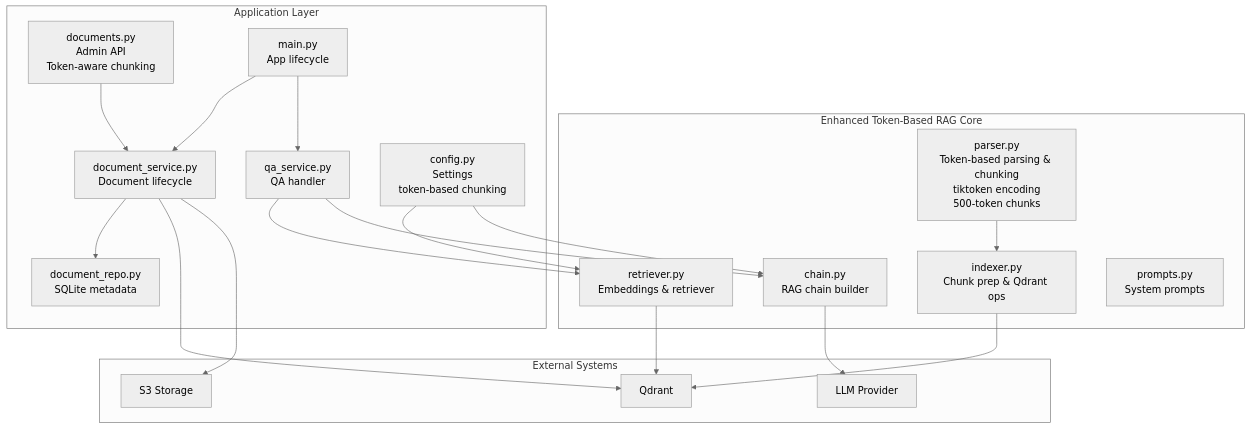
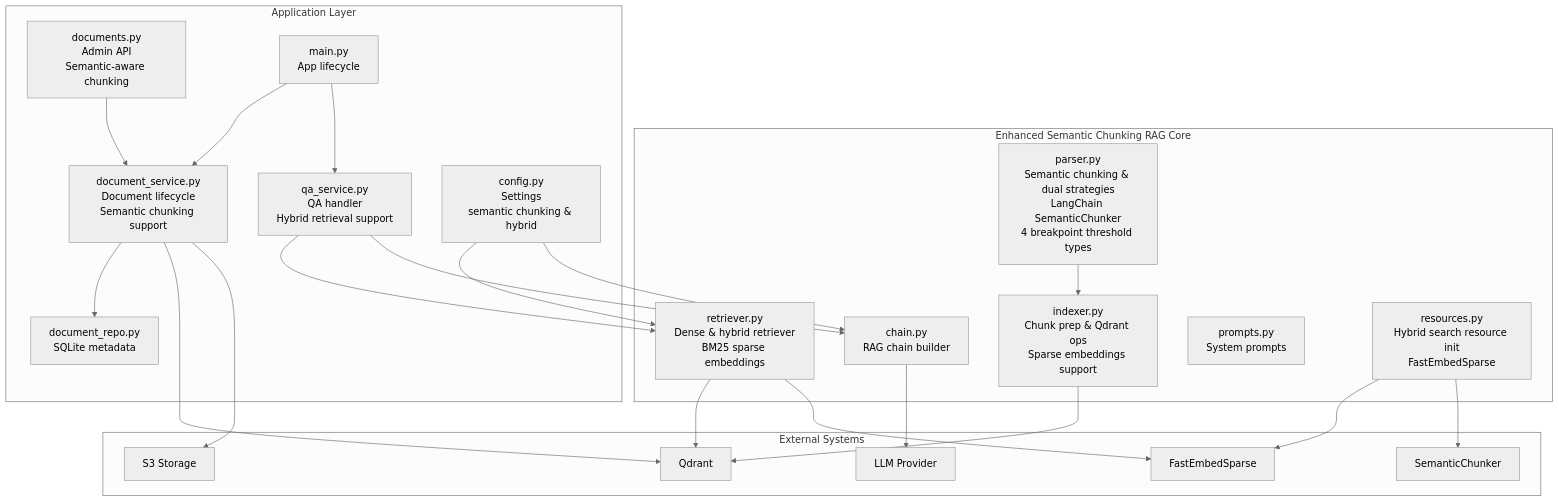
One commit to ognelis/cafetera_hr_bot changed the first of 12 diagrams in .qoder/repowiki/en/content/RAG Integration/RAG Parser Enhancement.md. Above: the diagram before and after it, drawn with Mermaid (neutral theme). The commit also changed other lines of this file and 10 other files, not shown here.

````diff
--- a/.qoder/repowiki/en/content/RAG Integration/RAG Parser Enhancement.md
+++ b/.qoder/repowiki/en/content/RAG Integration/RAG Parser Enhancement.md
@@ -56,37 +63,43 @@
 ```mermaid
 graph TB
-subgraph "Enhanced Token-Based RAG Core"
-P["parser.py<br/>Token-based parsing & chunking<br/>tiktoken encoding<br/>500-token chunks"]
-I["indexer.py<br/>Chunk prep & Qdrant ops"]
-R["retriever.py<br/>Embeddings & retriever"]
+subgraph "Enhanced Semantic Chunking RAG Core"
+P["parser.py<br/>Semantic chunking & dual strategies<br/>LangChain SemanticChunker<br/>4 breakpoint threshold types"]
+I["indexer.py<br/>Chunk prep & Qdrant ops<br/>Sparse embeddings support"]
+R["retriever.py<br/>Dense & hybrid retriever<br/>BM25 sparse embeddings"]
 C["chain.py<br/>RAG chain builder"]
 PR["prompts.py<br/>System prompts"]
+RES["resources.py<br/>Hybrid search resource init<br/>FastEmbedSparse"]
 end
 subgraph "Application Layer"
-DS["document_service.py<br/>Document lifecycle"]
+DS["document_service.py<br/>Document lifecycle<br/>Semantic chunking support"]
 DR["document_repo.py<br/>SQLite metadata"]
-API["documents.py<br/>Admin API<br/>Token-aware chunking"]
-QA["qa_service.py<br/>QA handler"]
-CFG["config.py<br/>Settings<br/>token-based chunking"]
+API["documents.py<br/>Admin API<br/>Semantic-aware chunking"]
+QA["qa_service.py<br/>QA handler<br/>Hybrid retrieval support"]
+CFG["config.py<br/>Settings<br/>semantic chunking & hybrid"]
 MAIN["main.py<br/>App lifecycle"]
 end
 subgraph "External Systems"
 QD["Qdrant"]
 S3["S3 Storage"]
 LLM["LLM Provider"]
+SEM["SemanticChunker"]
+FE["FastEmbedSparse"]
 end
 P --> I
 I --> QD
 R --> QD
+R --> FE
 C --> LLM
 API --> DS
 DS --> DR
 DS --> QD
 DS --> S3
 QA --> R
 QA --> C
+RES --> FE
+RES --> SEM
 MAIN --> DS
 MAIN --> QA
 CFG --> R
 CFG --> C
 ```
````
